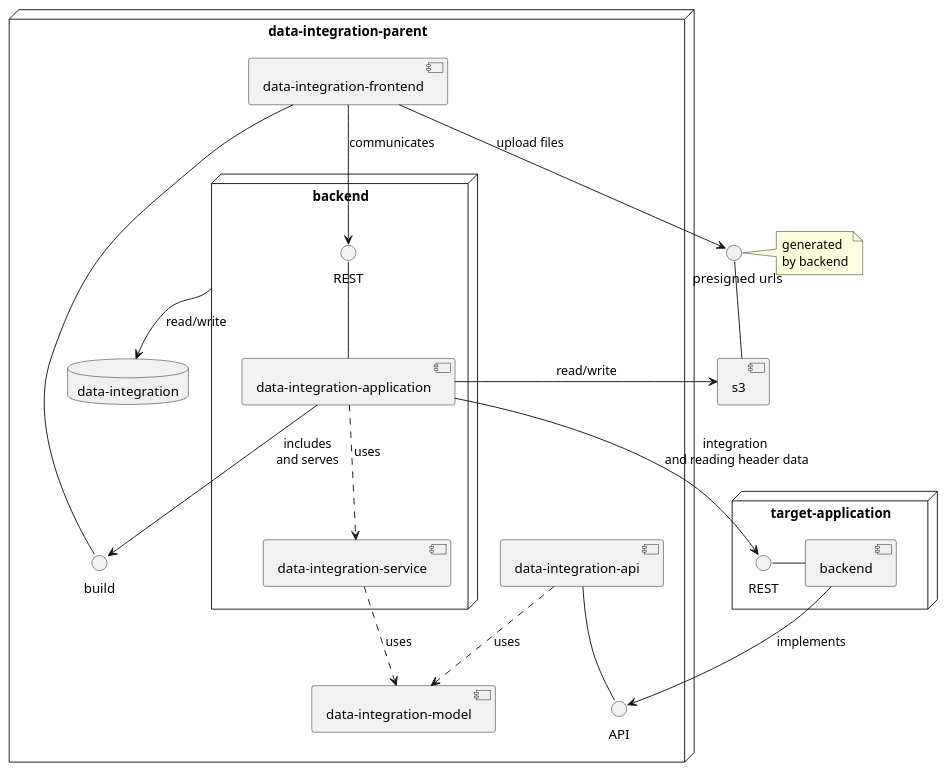
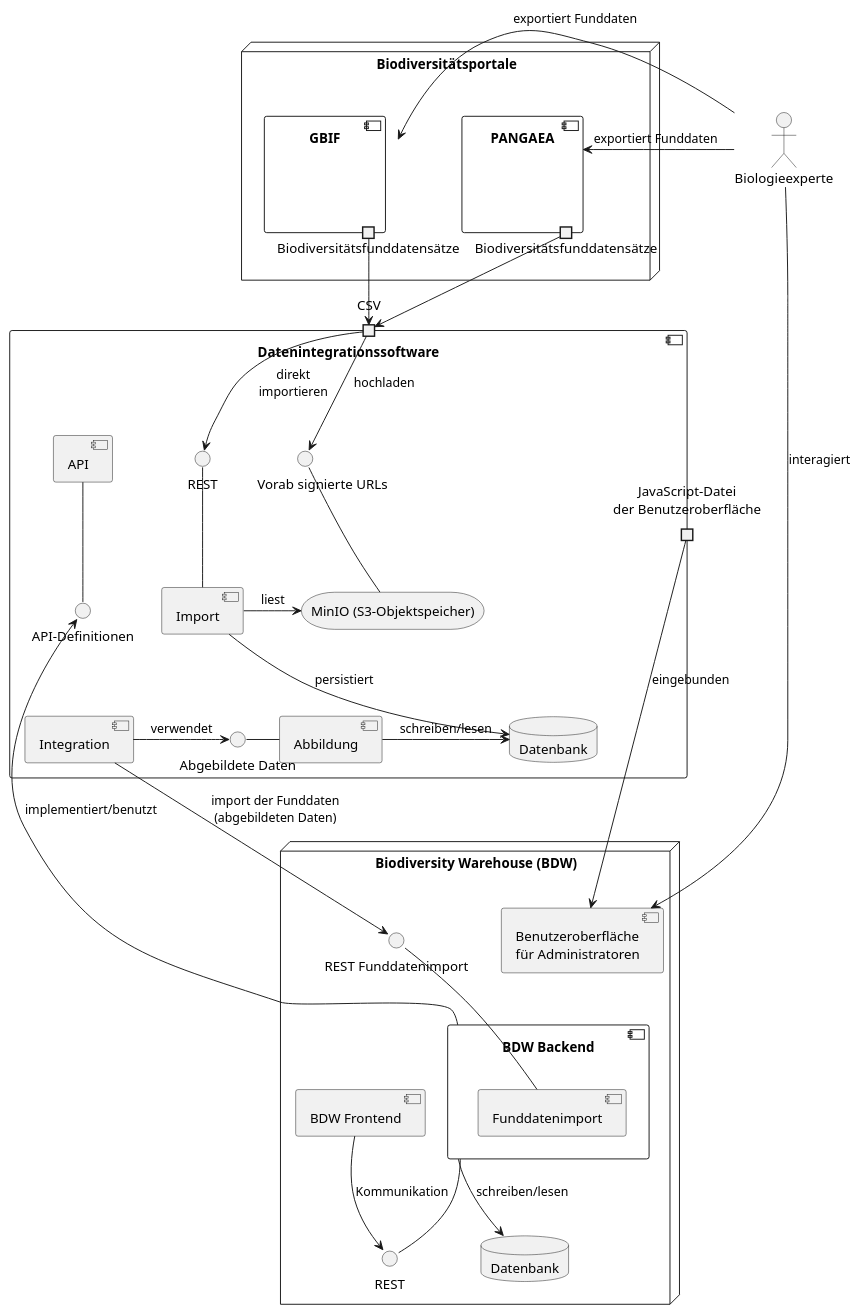
The diagram in data-integration-documentation/src/main/images/design/architecture/architecture.puml (TuncerCatalkaya/data-integration), drawn with PlantUML before and after one commit. The commit also changed 70 other files, not shown here.

Commit message:
diagrams

```diff
--- a/data-integration-documentation/src/main/images/design/architecture/architecture.puml
+++ b/data-integration-documentation/src/main/images/design/architecture/architecture.puml
@@ -1,59 +1,82 @@
 @startuml
 
-node "data-integration-parent" as dataIntegrationParent {
-    node "backend" as dataIntegrationBackend {
-        component "data-integration-application" as application
-        interface REST as dataIntegrationApplicationRest
+actor "Biologieexperte" as biologe
 
-        component "data-integration-service" as service
+node "Biodiversitätsportale" {
+    component "GBIF" as gbif {
+        portout "Biodiversitätsfunddatensätze" as gbifExportPort
     }
 
-    component "data-integration-frontend" as frontend
-    interface "build" as frontendBuild
-
-    component "data-integration-model" as model
-
-    component "data-integration-api" as api
-    interface "API" as apiInterface
-
-    database "data-integration" as db
+    component "PANGAEA" as pangaea {
+        portout "Biodiversitätsfunddatensätze" as pangaeaExportPort
+    }
 }
 
-node "target-application" as targetApplication {
-    component backend as targetApplicationBackend
-    interface REST as targetApplicationBackendRest
+component "Datenintegrationssoftware" {
+    portin "CSV" as csv
+
+    storage "MinIO (S3-Objektspeicher)" as s3
+    interface "          Vorab signierte URLs" as s3Interface
+    s3Interface -- s3
+
+    component "Import" as import
+    interface REST as importRest
+    importRest -- import
+
+    component "Abbildung" as abbildung
+    interface "Abgebildete Daten" as abbildungInterface
+    abbildungInterface - abbildung
+
+    component "Integration" as integration
+    portout "JavaScript-Datei\nder Benutzeroberfläche" as javascriptDatei
+
+    component "API" as api
+    interface "API-Definitionen" as apiInterface
+    api -- apiInterface
+
+    database "Datenbank" as datenbank
 }
 
-component s3
-interface "  presigned urls" as s3PresignedUrl
+gbifExportPort --> csv
+pangaeaExportPort --> csv
+csv --> s3Interface: hochladen
+csv -> importRest: direkt\nimportieren
 
-targetApplication -l[hidden]-> dataIntegrationParent
+import -> s3: liest
+import --> datenbank: persistiert
 
-dataIntegrationBackend --> db: read/write
+abbildung -> datenbank: schreiben/lesen
 
-s3PresignedUrl - s3
-frontend --> s3PresignedUrl: upload files
-application -> s3: read/write
+integration -> abbildungInterface: verwendet
 
-targetApplicationBackendRest - targetApplicationBackend
-api -- apiInterface
+node "Biodiversity Warehouse (BDW)" {
 
-dataIntegrationApplicationRest -- application
-frontend --> dataIntegrationApplicationRest: communicates
+    component "Benutzeroberfläche\nfür Administratoren" as adminUI
 
-frontend - frontendBuild
-application --> frontendBuild: includes\nand serves
+    component "BDW Backend" as backend {
+        component Funddatenimport as funddatenImport
+    }
+    interface "REST Funddatenimport" as restDatenintegration
+    interface "REST" as rest
+    restDatenintegration -- funddatenImport
+    backend -- rest
 
-application ..> service: uses
-service ..> model: uses
-api ..> model: uses
+    component "BDW Frontend" as frontend
 
-targetApplicationBackend --> apiInterface: implements
-application --> targetApplicationBackendRest: integration \nand reading header data
+    database "Datenbank" as bdwDatenbank
 
-note right of s3PresignedUrl
-generated
-by backend
-end note
+}
+
+backend --> bdwDatenbank: schreiben/lesen
+apiInterface <-- backend: implementiert/benutzt
+
+integration --> restDatenintegration: import der Funddaten\n(abgebildeten Daten)
+frontend --> rest: Kommunikation
+
+javascriptDatei -> adminUI: eingebunden
+
+biologe -> adminUI: interagiert
+biologe -> gbif: exportiert Funddaten
+biologe -> pangaea: exportiert Funddaten
 
 @enduml
```
